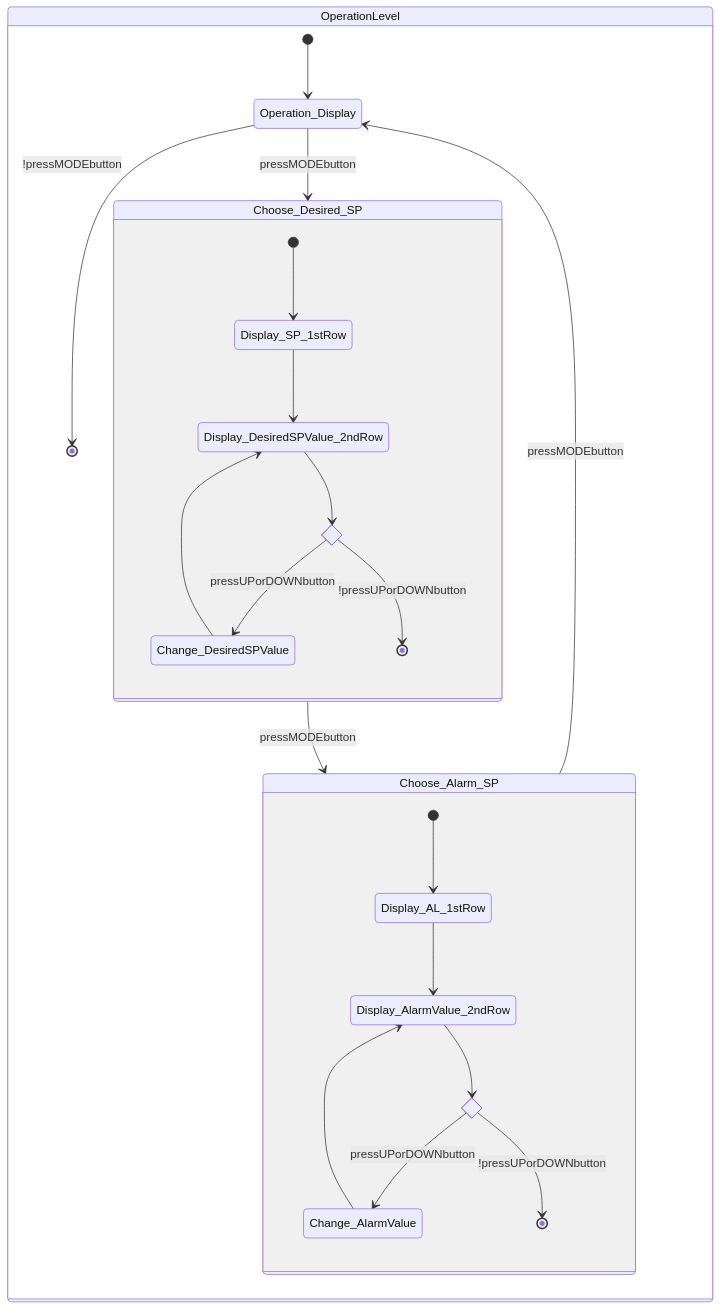
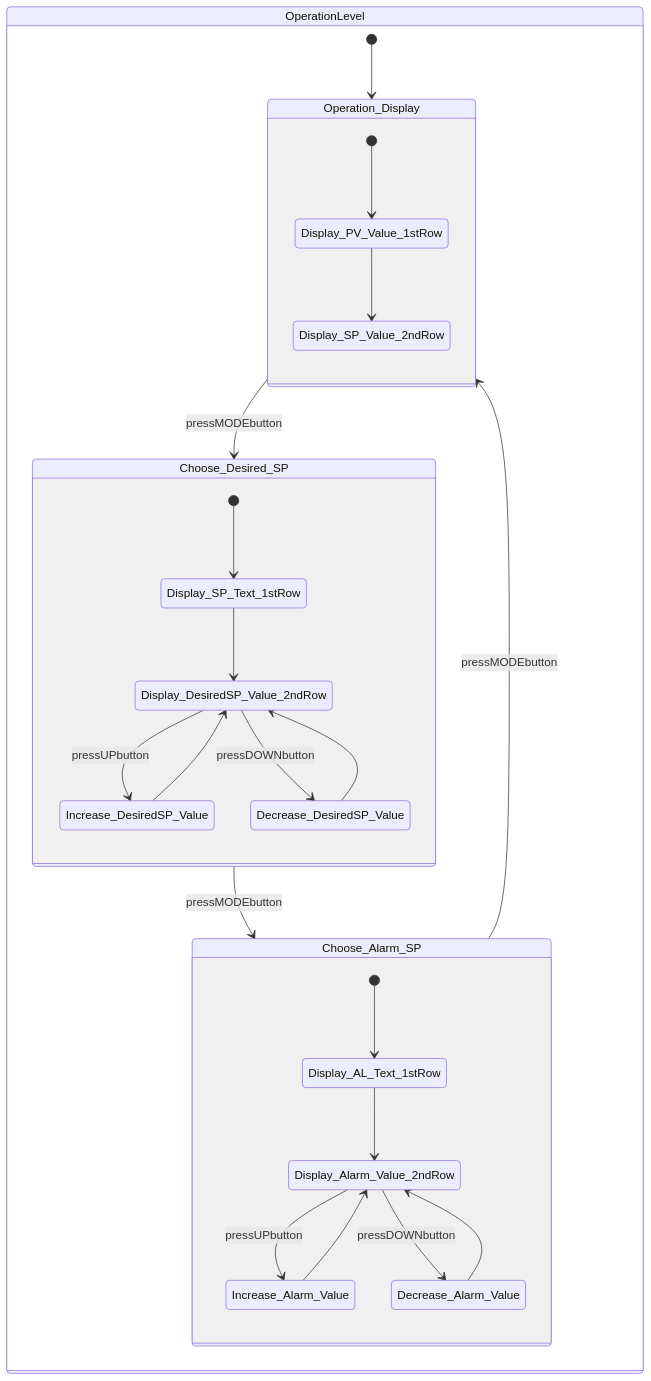
The second of 10 diagrams in README.md (sondhg/embedded-control-fsm), drawn with Mermaid before and after one commit. The commit also changed other lines of this file, not shown here.

Commit message:
refactor state diagram for improved clarity and flow in temperature controller interface

````diff
--- a/README.md
+++ b/README.md
@@ -39,36 +26,37 @@
 ```mermaid
 stateDiagram-v2
     direction TB
 
     state OperationLevel {
-
-
             [*] --> Operation_Display
             Operation_Display --> Choose_Desired_SP: pressMODEbutton
             Choose_Desired_SP --> Choose_Alarm_SP: pressMODEbutton
             Choose_Alarm_SP --> Operation_Display: pressMODEbutton
-            Operation_Display --> [*]: !pressMODEbutton
+
+            state Operation_Display {
+                [*] --> Display_PV_Value_1stRow
+                Display_PV_Value_1stRow --> Display_SP_Value_2ndRow
+            }
+
+            state Choose_Desired_SP {
+                    [*] --> Display_SP_Text_1stRow
+                    Display_SP_Text_1stRow --> Display_DesiredSP_Value_2ndRow
+                    Display_DesiredSP_Value_2ndRow --> Increase_DesiredSP_Value: pressUPbutton
+                    Increase_DesiredSP_Value --> Display_DesiredSP_Value_2ndRow
+                    Display_DesiredSP_Value_2ndRow --> Decrease_DesiredSP_Value: pressDOWNbutton
+                    Decrease_DesiredSP_Value --> Display_DesiredSP_Value_2ndRow
+                    }
+
+            state Choose_Alarm_SP {
+                [*] --> Display_AL_Text_1stRow
+                Display_AL_Text_1stRow --> Display_Alarm_Value_2ndRow
+                Display_Alarm_Value_2ndRow --> Increase_Alarm_Value: pressUPbutton
+                Increase_Alarm_Value --> Display_Alarm_Value_2ndRow
+                Display_Alarm_Value_2ndRow --> Decrease_Alarm_Value: pressDOWNbutton
+                Decrease_Alarm_Value --> Display_Alarm_Value_2ndRow
+                }
 
 
-            state Choose_Alarm_SP {
-                [*] --> Display_AL_1stRow
-                Display_AL_1stRow --> Display_AlarmValue_2ndRow
 
-                    state if_state_change_alarm_SP_value <<choice>>
-                    Display_AlarmValue_2ndRow --> if_state_change_alarm_SP_value
-                    if_state_change_alarm_SP_value --> Change_AlarmValue: pressUPorDOWNbutton
-                    Change_AlarmValue --> Display_AlarmValue_2ndRow
-                    if_state_change_alarm_SP_value --> [*]: !pressUPorDOWNbutton
-                }
-            state Choose_Desired_SP {
-                [*] --> Display_SP_1stRow
-                Display_SP_1stRow --> Display_DesiredSPValue_2ndRow
-
-                    state if_state_change_desired_SP_value <<choice>>
-                    Display_DesiredSPValue_2ndRow --> if_state_change_desired_SP_value
-                    if_state_change_desired_SP_value --> Change_DesiredSPValue: pressUPorDOWNbutton
-                    Change_DesiredSPValue --> Display_DesiredSPValue_2ndRow
-                    if_state_change_desired_SP_value --> [*]: !pressUPorDOWNbutton
-                }
         }
 ```
````
